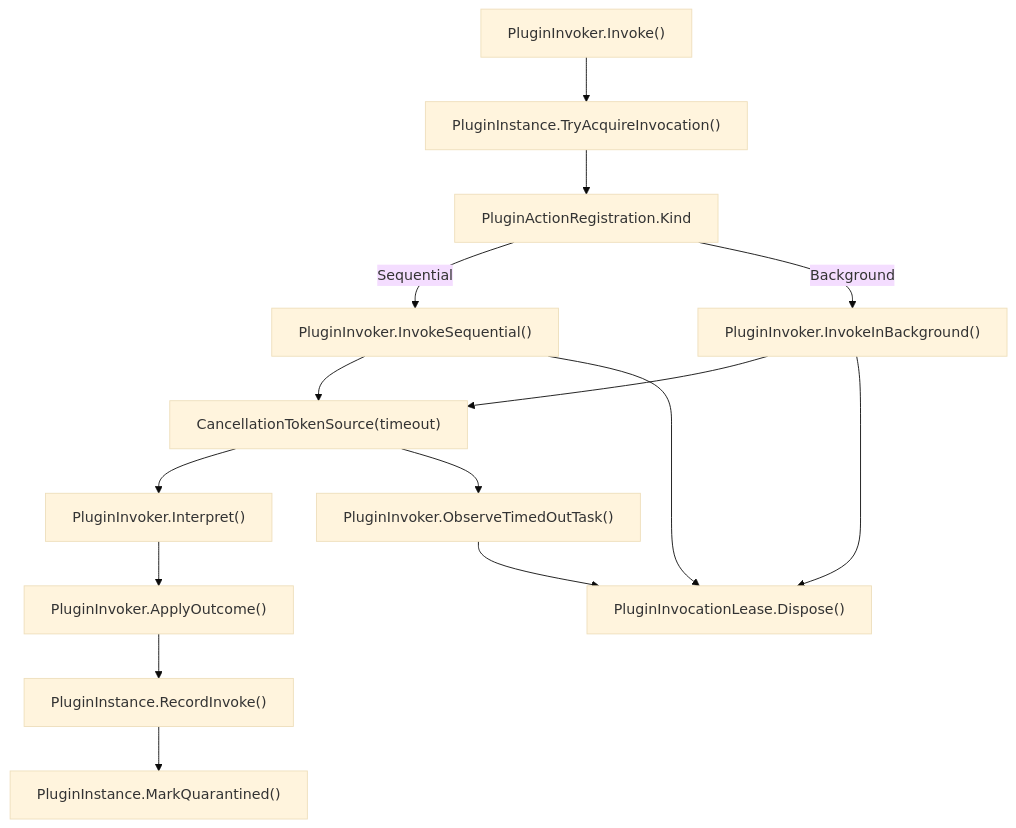
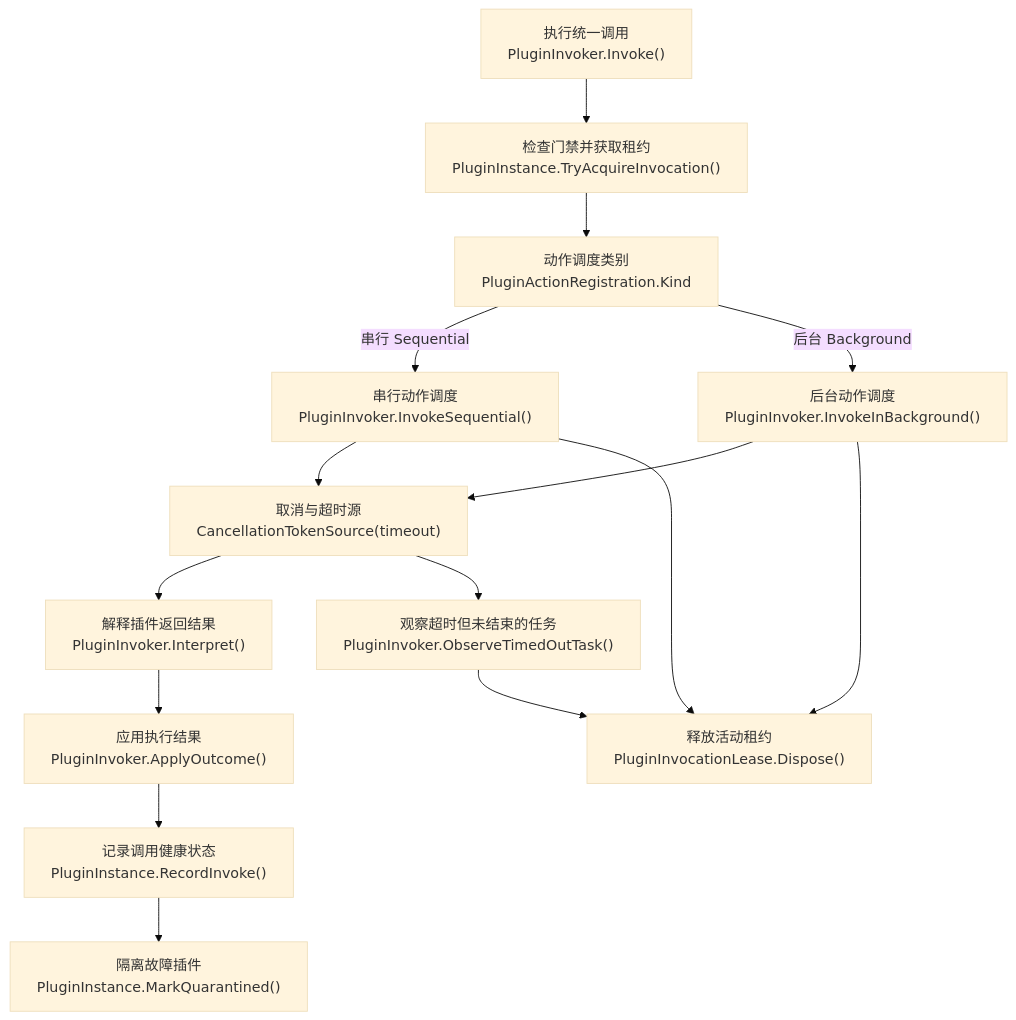
One commit to Masskii/StarPie changed diagram 15 of 19 in plugin/docs/plugin-system-architecture-map.md. Above: the diagram before and after it, drawn with Mermaid (base theme). The commit also changed other lines of this file and 6 other files, not shown here.

````diff
--- a/plugin/docs/plugin-system-architecture-map.md
+++ b/plugin/docs/plugin-system-architecture-map.md
@@ -719,30 +960,30 @@
 ```mermaid
 flowchart TD
-    INVOKE["PluginInvoker.Invoke()"]
-    KIND["PluginActionRegistration.Kind"]
-    LEASE["PluginInstance.TryAcquireInvocation()"]
-    INVOKE_SEQ["PluginInvoker.InvokeSequential()"]
-    INVOKE_BG["PluginInvoker.InvokeInBackground()"]
-    TIMEOUT["CancellationTokenSource(timeout)"]
-    OBSERVE["PluginInvoker.ObserveTimedOutTask()"]
-    DISPOSE["PluginInvocationLease.Dispose()"]
-    INTERPRET["PluginInvoker.Interpret()"]
-    APPLY["PluginInvoker.ApplyOutcome()"]
-    RECORD["PluginInstance.RecordInvoke()"]
-    QUARANTINE["PluginInstance.MarkQuarantined()"]
+    INVOKE["执行统一调用<br/>PluginInvoker.Invoke()"]
+    KIND["动作调度类别<br/>PluginActionRegistration.Kind"]
+    LEASE["检查门禁并获取租约<br/>PluginInstance.TryAcquireInvocation()"]
+    INVOKE_SEQ["串行动作调度<br/>PluginInvoker.InvokeSequential()"]
+    INVOKE_BG["后台动作调度<br/>PluginInvoker.InvokeInBackground()"]
+    TIMEOUT["取消与超时源<br/>CancellationTokenSource(timeout)"]
+    OBSERVE["观察超时但未结束的任务<br/>PluginInvoker.ObserveTimedOutTask()"]
+    DISPOSE["释放活动租约<br/>PluginInvocationLease.Dispose()"]
+    INTERPRET["解释插件返回结果<br/>PluginInvoker.Interpret()"]
+    APPLY["应用执行结果<br/>PluginInvoker.ApplyOutcome()"]
+    RECORD["记录调用健康状态<br/>PluginInstance.RecordInvoke()"]
+    QUARANTINE["隔离故障插件<br/>PluginInstance.MarkQuarantined()"]
 
     INVOKE --> LEASE
     LEASE --> KIND
-    KIND -->|Sequential| INVOKE_SEQ
-    KIND -->|Background| INVOKE_BG
+    KIND -->|串行 Sequential| INVOKE_SEQ
+    KIND -->|后台 Background| INVOKE_BG
     INVOKE_SEQ --> TIMEOUT
     INVOKE_BG --> TIMEOUT
     TIMEOUT --> INTERPRET
     TIMEOUT --> OBSERVE
     OBSERVE --> DISPOSE
     INTERPRET --> APPLY
     APPLY --> RECORD
     RECORD --> QUARANTINE
     INVOKE_SEQ --> DISPOSE
     INVOKE_BG --> DISPOSE
 ```
````
